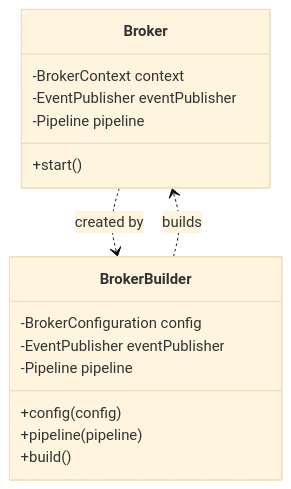
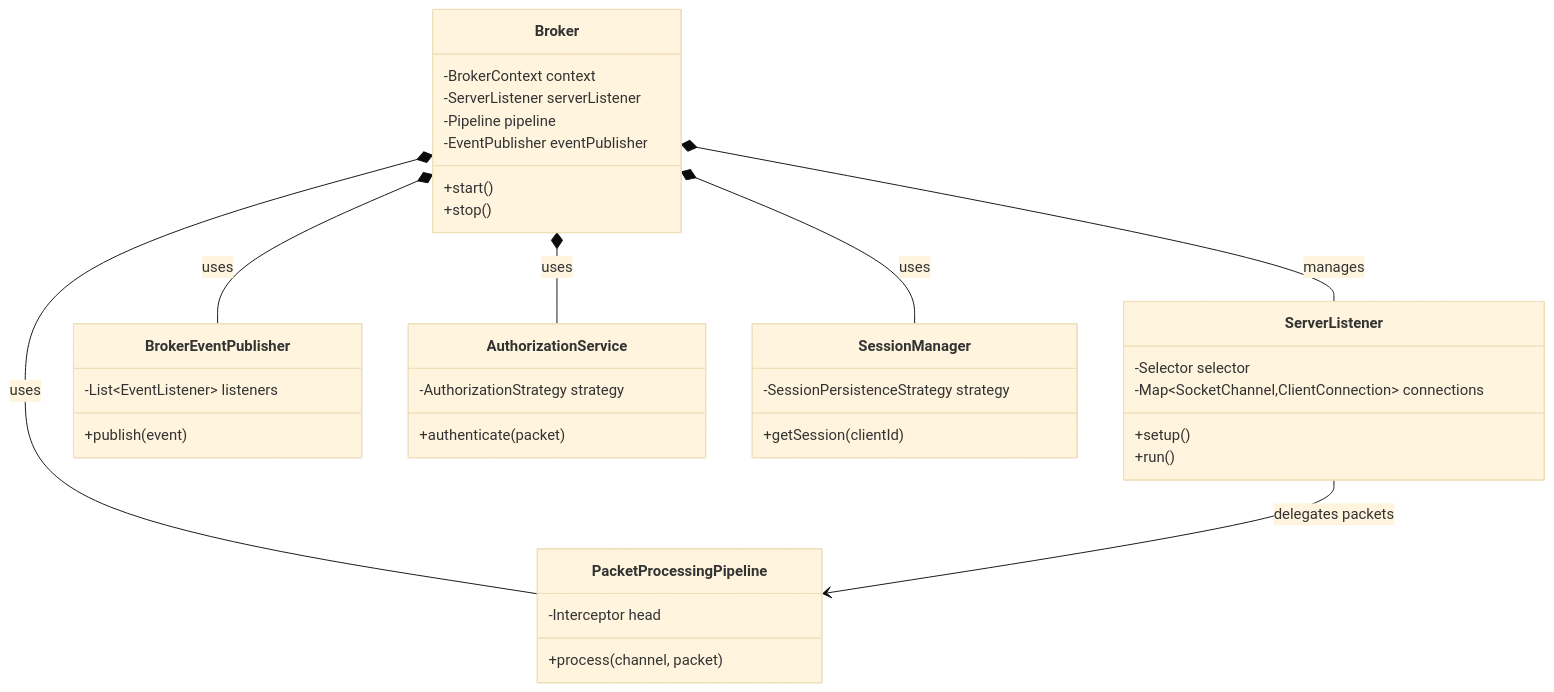
Diagram 12 of 14 in README.md (karolbystrek/mqtt-broker), drawn with Mermaid (base theme) before and after one commit. The commit also changed other lines of this file, not shown here.

````diff
--- a/README.md
+++ b/README.md
@@ -426,20 +703,48 @@
 ```mermaid
 classDiagram
+    %% Core Broker Components
     class Broker {
         -BrokerContext context
+        -ServerListener serverListener
+        -Pipeline pipeline
         -EventPublisher eventPublisher
-        -Pipeline pipeline
         +start()
+        +stop()
     }
-    class BrokerBuilder {
-        -BrokerConfiguration config
-        -EventPublisher eventPublisher
-        -Pipeline pipeline
-        +config(config)
-        +pipeline(pipeline)
-        +build()
+
+    class ServerListener {
+        -Selector selector
+        -Map~SocketChannel,ClientConnection~ connections
+        +setup()
+        +run()
     }
-    
-    Broker ..> BrokerBuilder : created by
-    BrokerBuilder ..> Broker : builds
+
+    class PacketProcessingPipeline {
+        -Interceptor head
+        +process(channel, packet)
+    }
+
+    class BrokerEventPublisher {
+        -List~EventListener~ listeners
+        +publish(event)
+    }
+
+    class AuthorizationService {
+        -AuthorizationStrategy strategy
+        +authenticate(packet)
+    }
+
+    class SessionManager {
+        -SessionPersistenceStrategy strategy
+        +getSession(clientId)
+    }
+
+    %% Relationships
+    Broker *-- ServerListener : manages
+    Broker *-- PacketProcessingPipeline : uses
+    Broker *-- BrokerEventPublisher : uses
+    Broker *-- AuthorizationService : uses
+    Broker *-- SessionManager : uses
+
+    ServerListener --> PacketProcessingPipeline : delegates packets
 ```
````
